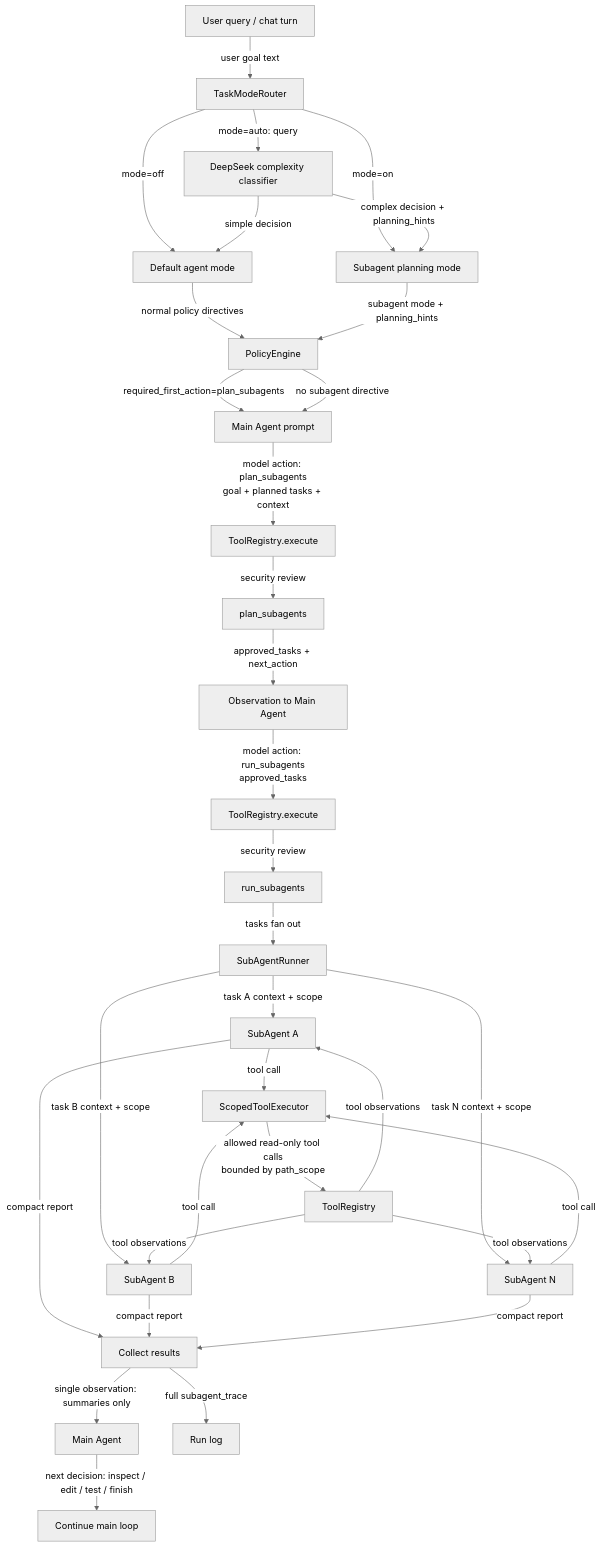
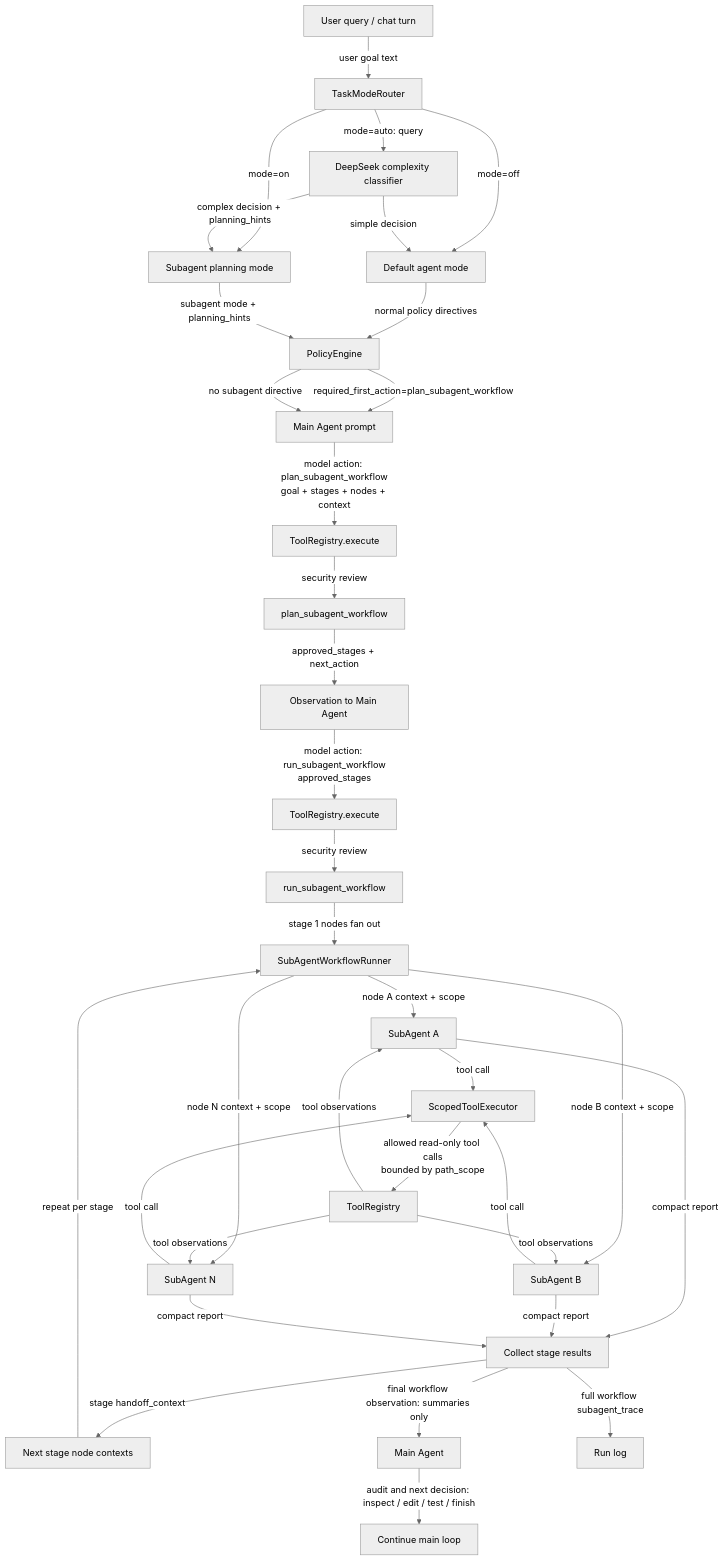
The fourth of 15 diagrams in README.md (Cachuela11/MiniCode), drawn with Mermaid (neutral theme) before and after one commit. The commit also changed other lines of this file and 6 other files, not shown here.

Commit message:
update subagent mode---DAG workflow

````diff
--- a/README.md
+++ b/README.md
@@ -199,40 +200,42 @@
 ```mermaid
 flowchart TD
     A[User query / chat turn] -->|user goal text| B[TaskModeRouter]
     B -->|mode=off| C[Default agent mode]
     B -->|mode=on| D[Subagent planning mode]
     B -->|mode=auto: query| E[DeepSeek complexity classifier]
     E -->|simple decision| C
     E -->|complex decision + planning_hints| D
 
     C -->|normal policy directives| F[PolicyEngine]
     D -->|subagent mode + planning_hints| F
-    F -->|required_first_action=plan_subagents| G[Main Agent prompt]
+    F -->|required_first_action=plan_subagent_workflow| G[Main Agent prompt]
     F -->|no subagent directive| G
 
-    G -->|model action: plan_subagents<br/>goal + planned tasks + context| H[ToolRegistry.execute]
-    H -->|security review| I[plan_subagents]
-    I -->|approved_tasks + next_action| J[Observation to Main Agent]
+    G -->|model action: plan_subagent_workflow<br/>goal + stages + nodes + context| H[ToolRegistry.execute]
+    H -->|security review| I[plan_subagent_workflow]
+    I -->|approved_stages + next_action| J[Observation to Main Agent]
 
-    J -->|model action: run_subagents<br/>approved_tasks| K[ToolRegistry.execute]
-    K -->|security review| L[run_subagents]
-    L -->|tasks fan out| M[SubAgentRunner]
-    M -->|task A context + scope| N1[SubAgent A]
-    M -->|task B context + scope| N2[SubAgent B]
-    M -->|task N context + scope| N3[SubAgent N]
+    J -->|model action: run_subagent_workflow<br/>approved_stages| K[ToolRegistry.execute]
+    K -->|security review| L[run_subagent_workflow]
+    L -->|stage 1 nodes fan out| M[SubAgentWorkflowRunner]
+    M -->|node A context + scope| N1[SubAgent A]
+    M -->|node B context + scope| N2[SubAgent B]
+    M -->|node N context + scope| N3[SubAgent N]
 
     N1 -->|tool call| O[ScopedToolExecutor]
     N2 -->|tool call| O
     N3 -->|tool call| O
     O -->|allowed read-only tool calls<br/>bounded by path_scope| P[ToolRegistry]
     P -->|tool observations| N1
     P -->|tool observations| N2
     P -->|tool observations| N3
 
-    N1 -->|compact report| Q[Collect results]
+    N1 -->|compact report| Q[Collect stage results]
     N2 -->|compact report| Q
     N3 -->|compact report| Q
-    Q -->|single observation: summaries only| R[Main Agent]
-    Q -->|full subagent_trace| S[Run log]
-    R -->|next decision: inspect / edit / test / finish| T[Continue main loop]
+    Q -->|stage handoff_context| U[Next stage node contexts]
+    U -->|repeat per stage| M
+    Q -->|final workflow observation: summaries only| R[Main Agent]
+    Q -->|full workflow subagent_trace| S[Run log]
+    R -->|audit and next decision: inspect / edit / test / finish| T[Continue main loop]
 ```
````
